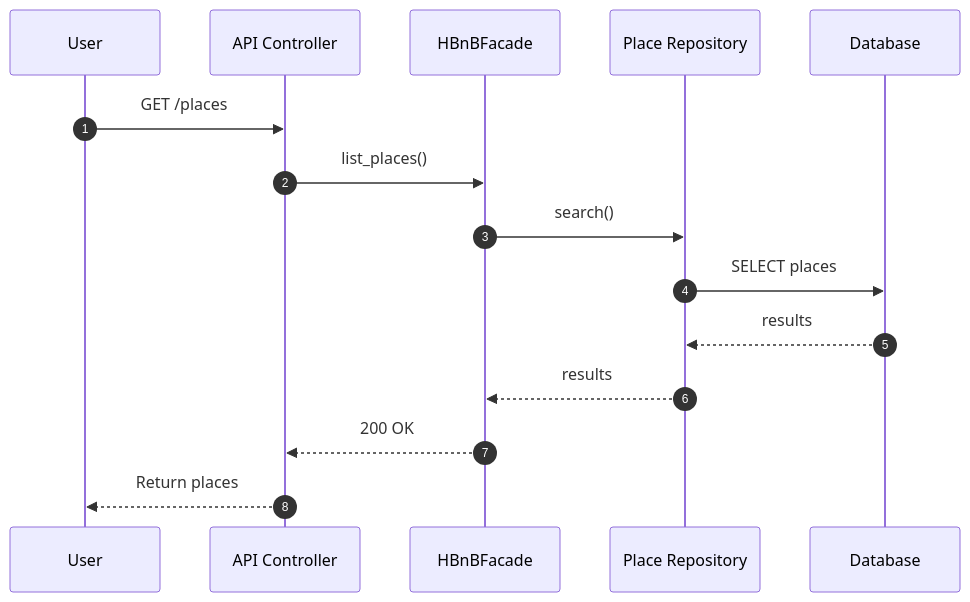
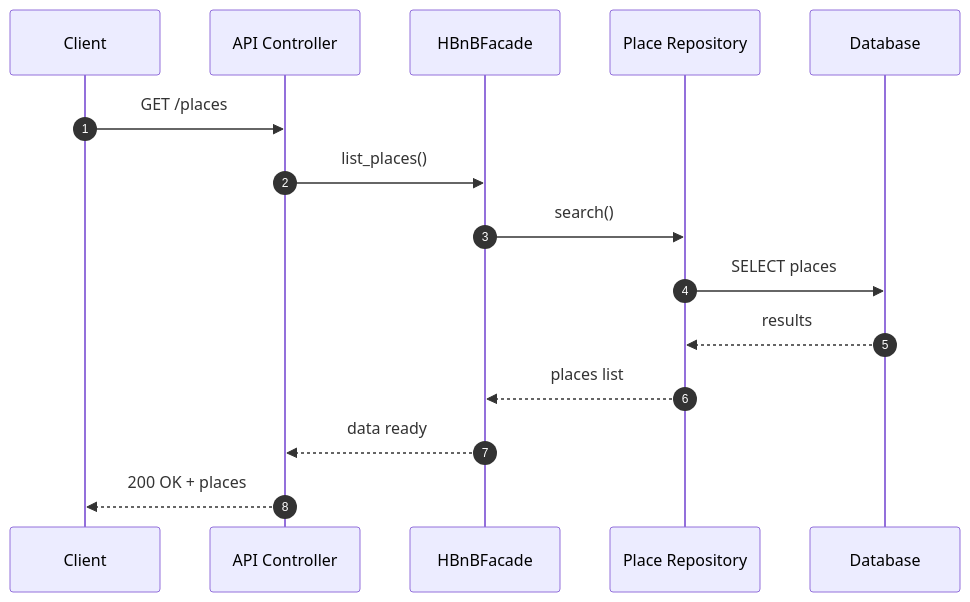
The sixth of 6 diagrams in part1/README.md (mnarzaid247-stack/holbertonschool-hbnb), drawn with Mermaid before and after one commit. The commit also changed other lines of this file and 1 other file, not shown here.

````diff
--- a/part1/README.md
+++ b/part1/README.md
@@ -538,18 +428,18 @@
 ```mermaid
 sequenceDiagram
-autonumber
-participant Client as User
-participant API as API Controller
-participant Facade as HBnBFacade
-participant PlaceRepo as Place Repository
-participant DB as Database
+    autonumber
+    participant Client
+    participant API as API Controller
+    participant Facade as HBnBFacade
+    participant PlaceRepo as Place Repository
+    participant DB as Database
 
-Client->>API: GET /places
-API->>Facade: list_places()
-Facade->>PlaceRepo: search()
-PlaceRepo->>DB: SELECT places
-DB-->>PlaceRepo: results
-PlaceRepo-->>Facade: results
-Facade-->>API: 200 OK
-API-->>Client: Return places
+    Client->>API: GET /places
+    API->>Facade: list_places()
+    Facade->>PlaceRepo: search()
+    PlaceRepo->>DB: SELECT places
+    DB-->>PlaceRepo: results
+    PlaceRepo-->>Facade: places list
+    Facade-->>API: data ready
+    API-->>Client: 200 OK + places
 ```
````
